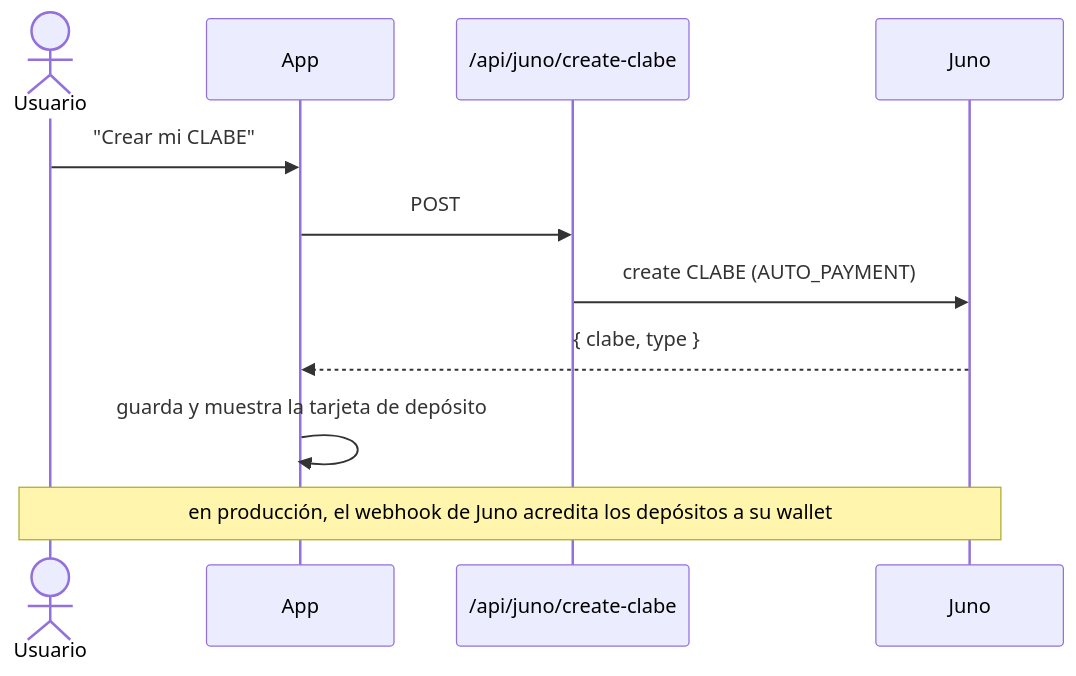
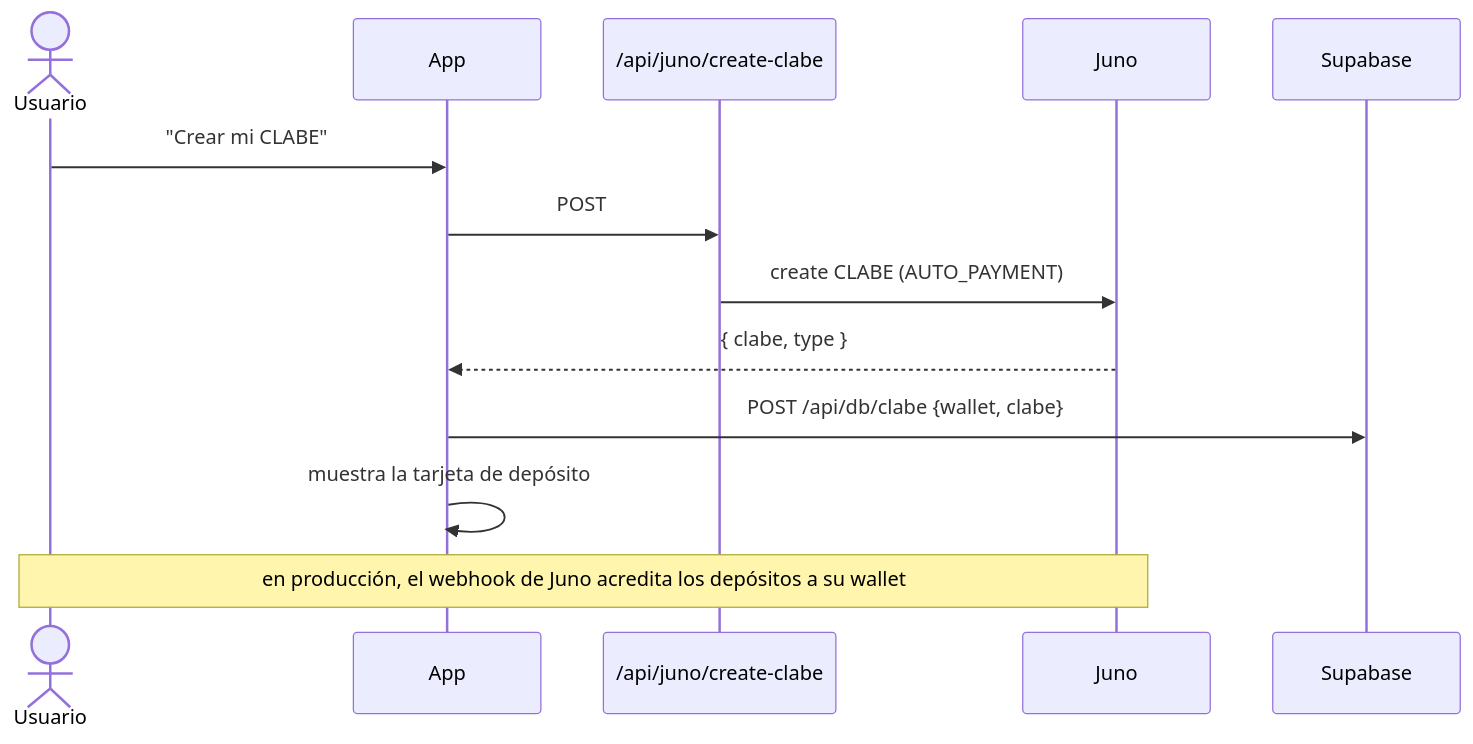
One commit to Seyfert-Labs/SEYF-P changed the seventh of 7 diagrams in README.md. Above: the diagram before and after it, drawn with Mermaid. The commit also changed other lines of this file, not shown here.

````diff
--- a/README.md
+++ b/README.md
@@ -219,13 +247,15 @@
 ```mermaid
 sequenceDiagram
     actor U as Usuario
     participant App
     participant API as /api/juno/create-clabe
     participant Juno
+    participant SB as Supabase
     U->>App: "Crear mi CLABE"
     App->>API: POST
     API->>Juno: create CLABE (AUTO_PAYMENT)
     Juno-->>App: { clabe, type }
-    App->>App: guarda y muestra la tarjeta de depósito
+    App->>SB: POST /api/db/clabe {wallet, clabe}
+    App->>App: muestra la tarjeta de depósito
     Note over U,Juno: en producción, el webhook de Juno acredita los depósitos a su wallet
 ```
````
